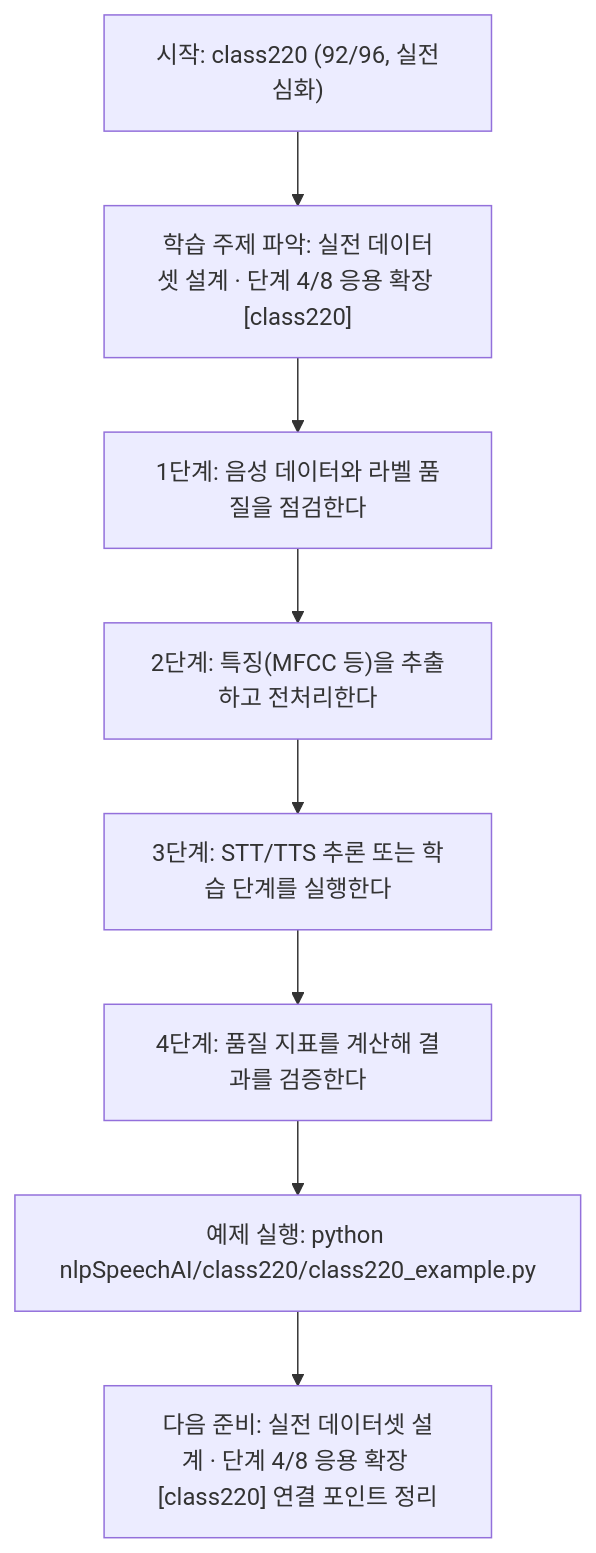
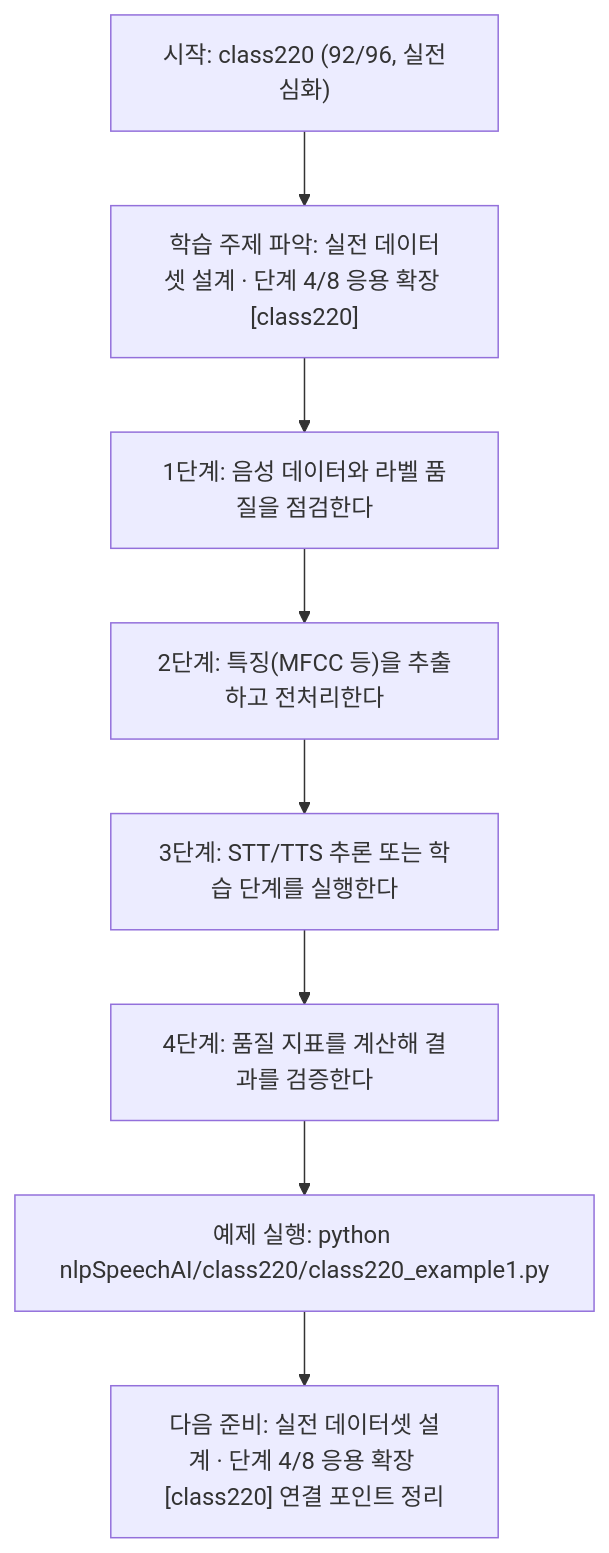
Before and after one commit to edumgt/Python-AI_Agent-Class: the diagram in nlpSpeechAI/class220/class220.md, drawn with Mermaid. The commit also changed other lines of this file and 2959 other files, not shown here.

````diff
--- a/nlpSpeechAI/class220/class220.md
+++ b/nlpSpeechAI/class220/class220.md
@@ -114,18 +114,18 @@
 ```mermaid
 flowchart TD
 N1["시작: class220 (92/96, 실전심화)"]
 N2["학습 주제 파악: 실전 데이터셋 설계 · 단계 4/8 응용 확장 [class220]"]
 N3["1단계: 음성 데이터와 라벨 품질을 점검한다"]
 N4["2단계: 특징(MFCC 등)을 추출하고 전처리한다"]
 N5["3단계: STT/TTS 추론 또는 학습 단계를 실행한다"]
 N6["4단계: 품질 지표를 계산해 결과를 검증한다"]
-N7["예제 실행: python nlpSpeechAI/class220/class220_example.py"]
+N7["예제 실행: python nlpSpeechAI/class220/class220_example1.py"]
 N8["다음 준비: 실전 데이터셋 설계 · 단계 4/8 응용 확장 [class220] 연결 포인트 정리"]
 N1 --> N2
 N2 --> N3
 N3 --> N4
 N4 --> N5
 N5 --> N6
 N6 --> N7
 N7 --> N8
 ```
````
